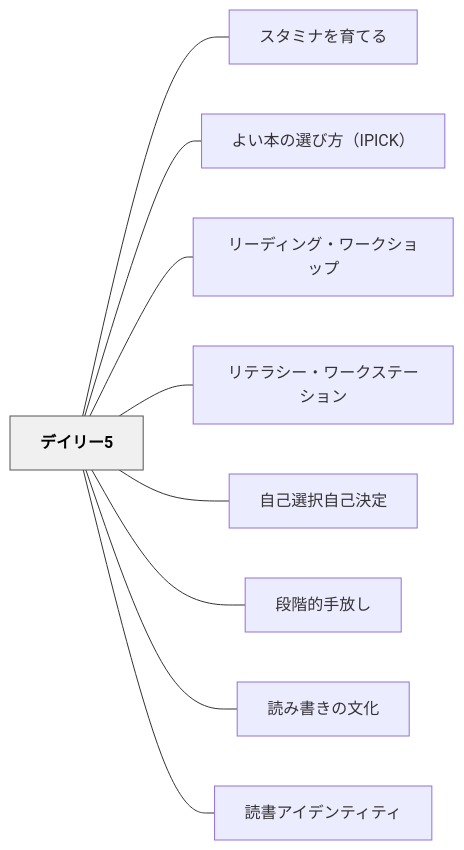
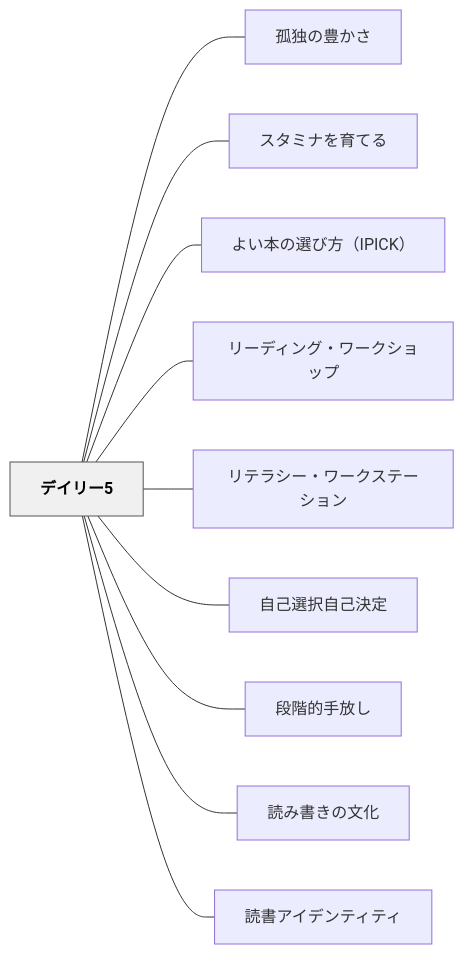
One commit to unknownthings-ed-patterns/unknownthings-ed-patterns changed the diagram in content/パタン/デイリー5.md. Above: the diagram before and after it, drawn with Mermaid. The commit also changed other lines of this file and 185 other files, not shown here.

````diff
--- a/content/パタン/デイリー5.md
+++ b/content/パタン/デイリー5.md
@@ -239,24 +240,26 @@
 ```mermaid
 flowchart LR
     ne38387e382a4e383aae383bc35["デイリー5"]
+    ne5ada4e78bace381aee8b18ae3818be38195["孤独の豊かさ"]
     ne382b9e382bfe3839fe3838ae38292e882b2e381a6e3828b["スタミナを育てる"]
     ne38288e38184e69cace381aee981b8e381b3e696b9efbc88495049434befbc89["よい本の選び方（IPICK）"]
     ne383aae383bce38387e382a3e383b3e382b0e383bbe383afe383bce382afe382b7e383a7e38383e38397["リーディング・ワークショップ"]
     ne383aae38386e383a9e382b7e383bce383bbe383afe383bce382afe382b9e38386e383bce382b7e383a7e383b3["リテラシー・ワークステーション"]
     ne887aae5b7b1e981b8e68a9ee887aae5b7b1e6b1bae5ae9a["自己選択自己決定"]
     ne6aeb5e99a8ee79a84e6898be694bee38197["段階的手放し"]
     ne8aaade381bfe69bb8e3818de381aee69687e58c96["読み書きの文化"]
     ne8aaade69bb8e382a2e382a4e38387e383b3e38386e382a3e38386e382a3["読書アイデンティティ"]
 
+    ne38387e382a4e383aae383bc35 --- ne5ada4e78bace381aee8b18ae3818be38195
     ne38387e382a4e383aae383bc35 --- ne382b9e382bfe3839fe3838ae38292e882b2e381a6e3828b
     ne38387e382a4e383aae383bc35 --- ne38288e38184e69cace381aee981b8e381b3e696b9efbc88495049434befbc89
     ne38387e382a4e383aae383bc35 --- ne383aae383bce38387e382a3e383b3e382b0e383bbe383afe383bce382afe382b7e383a7e38383e38397
     ne38387e382a4e383aae383bc35 --- ne383aae38386e383a9e382b7e383bce383bbe383afe383bce382afe382b9e38386e383bce382b7e383a7e383b3
     ne38387e382a4e383aae383bc35 --- ne887aae5b7b1e981b8e68a9ee887aae5b7b1e6b1bae5ae9a
     ne38387e382a4e383aae383bc35 --- ne6aeb5e99a8ee79a84e6898be694bee38197
     ne38387e382a4e383aae383bc35 --- ne8aaade381bfe69bb8e3818de381aee69687e58c96
     ne38387e382a4e383aae383bc35 --- ne8aaade69bb8e382a2e382a4e38387e383b3e38386e382a3e38386e382a3
 
     classDef hub fill:#f0f0f0,stroke:#555,color:#000,font-weight:bold
     class ne38387e382a4e383aae383bc35 hub
 ```
````
